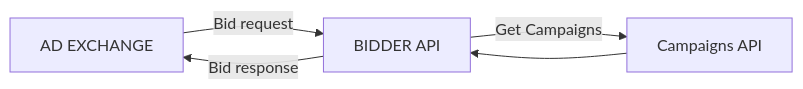
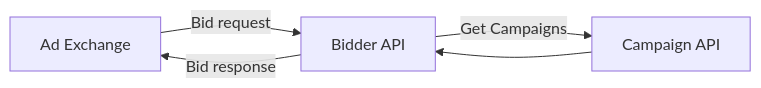
The first of 2 diagrams in README.md (Vaggelis-Giannakosian/Project-Agora), drawn with Mermaid before and after one commit.

Commit message:
minor change on README.md

````diff
--- a/README.md
+++ b/README.md
@@ -14,6 +14,6 @@
 ```mermaid
 graph LR
-A[AD EXCHANGE] -- Bid request --> 
-B[BIDDER API] -- Bid response --> A
-B -- Get Campaigns--> D[Campaigns API] --> B
+A[Ad Exchange] -- Bid request --> 
+B[Bidder API] -- Bid response --> A
+B -- Get Campaigns--> D[Campaign API] --> B
 ```
````
